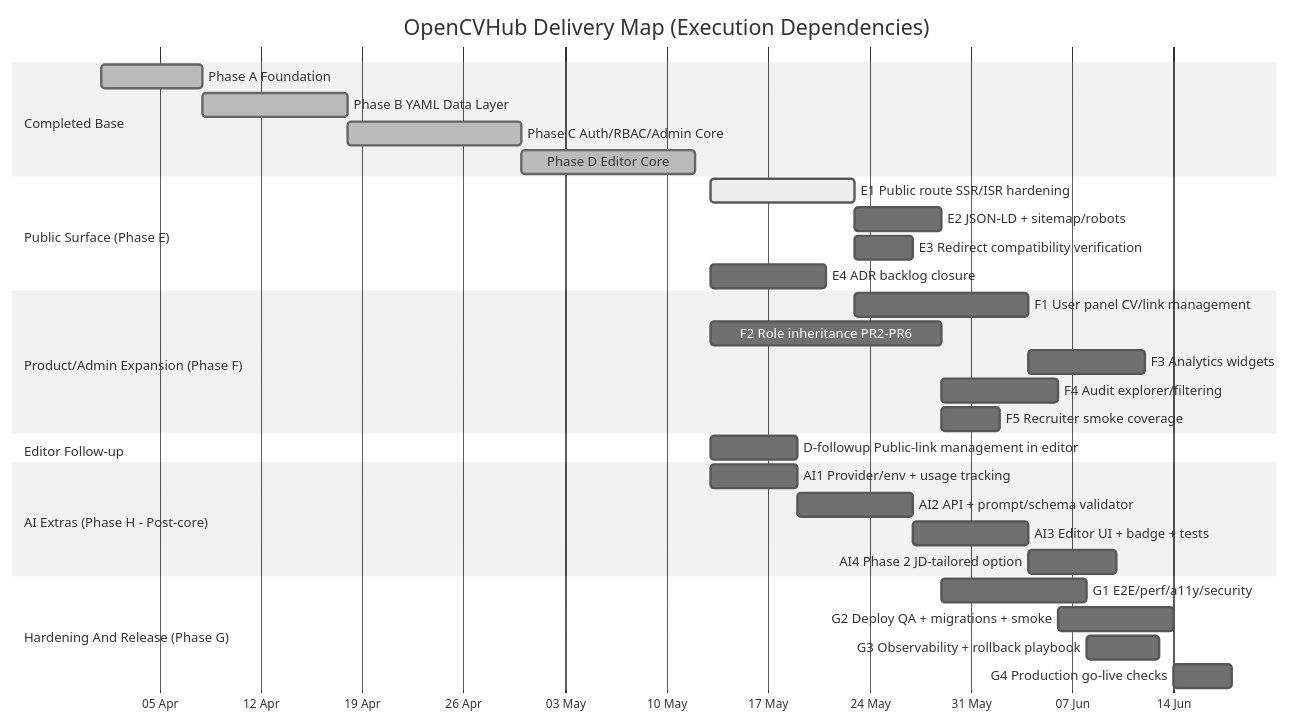
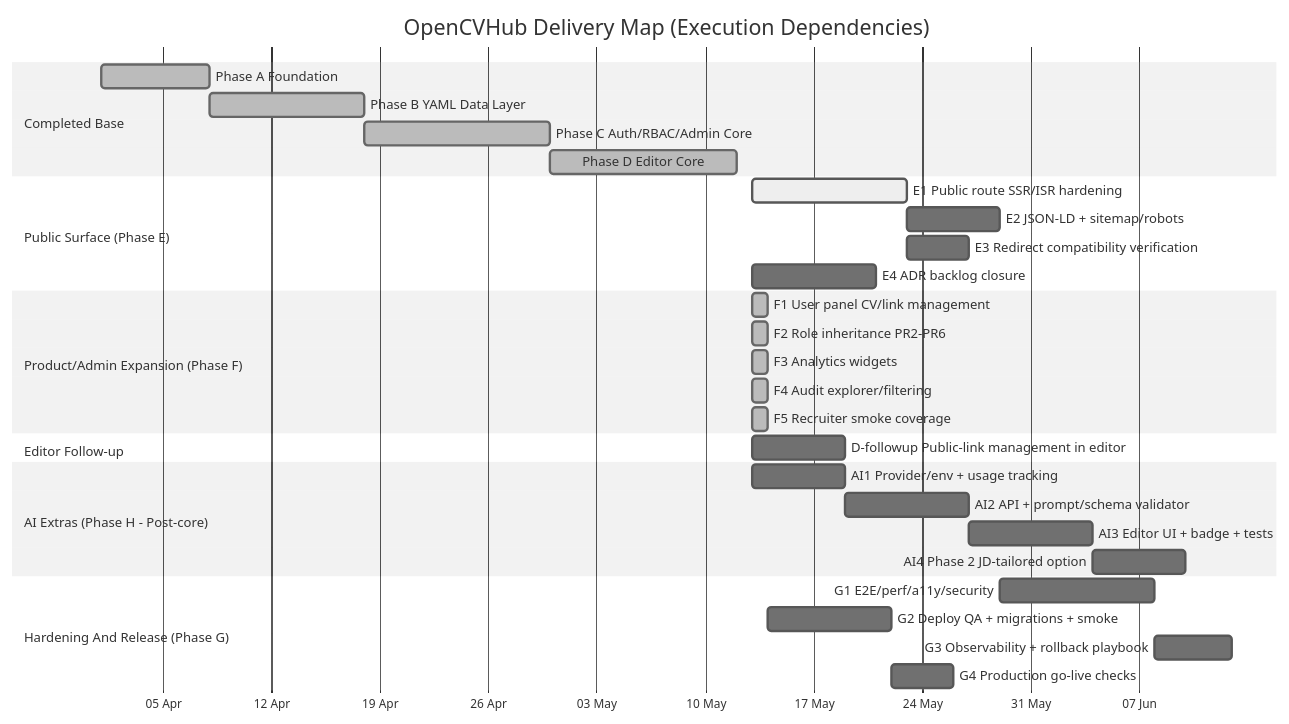
One commit to Sysdrummatic/resume-studio changed the diagram in docs/action-plan.md. Above: the diagram before and after it, drawn with Mermaid (neutral theme). The commit also changed other lines of this file and 49 other files, not shown here.

````diff
--- a/docs/action-plan.md
+++ b/docs/action-plan.md
@@ -110,40 +110,40 @@
 ```mermaid
 gantt
   title OpenCVHub Delivery Map (Execution Dependencies)
   dateFormat  YYYY-MM-DD
   axisFormat  %d %b
 
   section Completed Base
   Phase A Foundation                       :done, a1, 2026-04-01, 7d
   Phase B YAML Data Layer                  :done, a2, after a1, 10d
   Phase C Auth/RBAC/Admin Core             :done, a3, after a2, 12d
   Phase D Editor Core                      :done, a4, after a3, 12d
 
   section Public Surface (Phase E)
   E1 Public route SSR/ISR hardening        :active, e1, 2026-05-13, 10d
   E2 JSON-LD + sitemap/robots              :e2, after e1, 6d
   E3 Redirect compatibility verification    :e3, after e1, 4d
   E4 ADR backlog closure                    :e4, 2026-05-13, 8d
 
   section Product/Admin Expansion (Phase F)
-  F1 User panel CV/link management         :f1, after e1, 12d
-  F2 Role inheritance PR2-PR6              :f2, 2026-05-13, 16d
-  F3 Analytics widgets                      :f3, after f1, 8d
-  F4 Audit explorer/filtering               :f4, after f2, 8d
-  F5 Recruiter smoke coverage               :f5, after f2, 4d
+  F1 User panel CV/link management         :done, f1, 2026-05-13, 1d
+  F2 Role inheritance PR2-PR6              :done, f2, 2026-05-13, 1d
+  F3 Analytics widgets                      :done, f3, 2026-05-13, 1d
+  F4 Audit explorer/filtering               :done, f4, 2026-05-13, 1d
+  F5 Recruiter smoke coverage               :done, f5, 2026-05-13, 1d
 
   section Editor Follow-up
   D-followup Public-link management in editor :d1, 2026-05-13, 6d
 
   section AI Extras (Phase H - Post-core)
   AI1 Provider/env + usage tracking         :ai1, 2026-05-13, 6d
   AI2 API + prompt/schema validator         :ai2, after ai1, 8d
   AI3 Editor UI + badge + tests             :ai3, after ai2, 8d
   AI4 Phase 2 JD-tailored option            :ai4, after ai3, 6d
 
   section Hardening And Release (Phase G)
   G1 E2E/perf/a11y/security                 :g1, after e2, 10d
   G2 Deploy QA + migrations + smoke         :g2, after f4, 8d
   G3 Observability + rollback playbook      :g3, after g1, 5d
   G4 Production go-live checks              :g4, after g2, 4d
 ```
````
